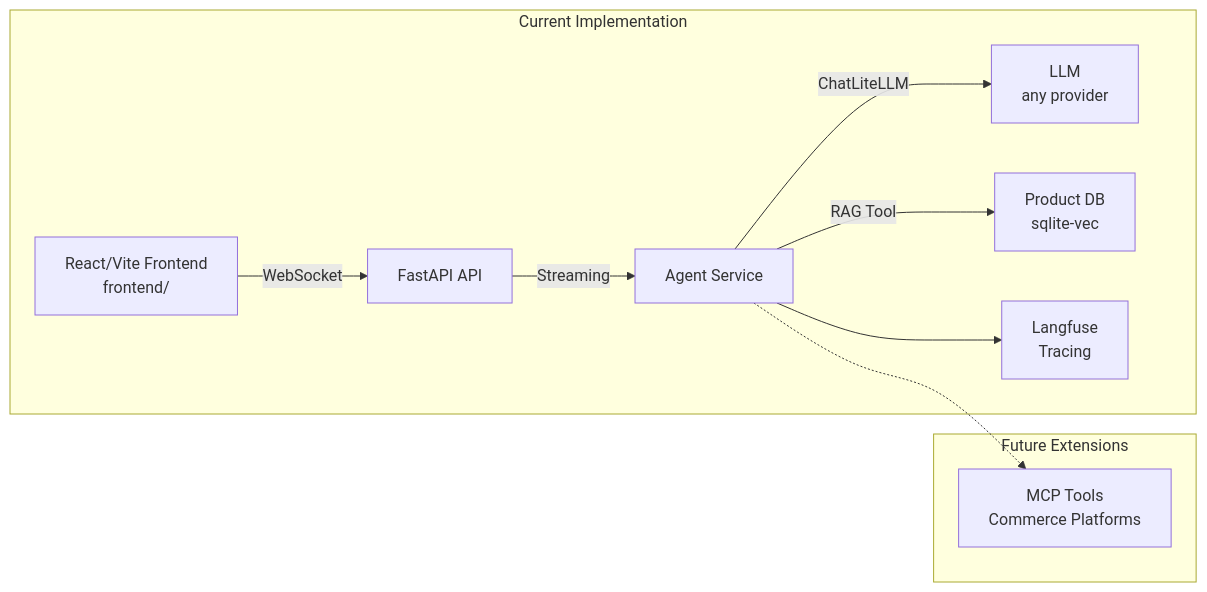
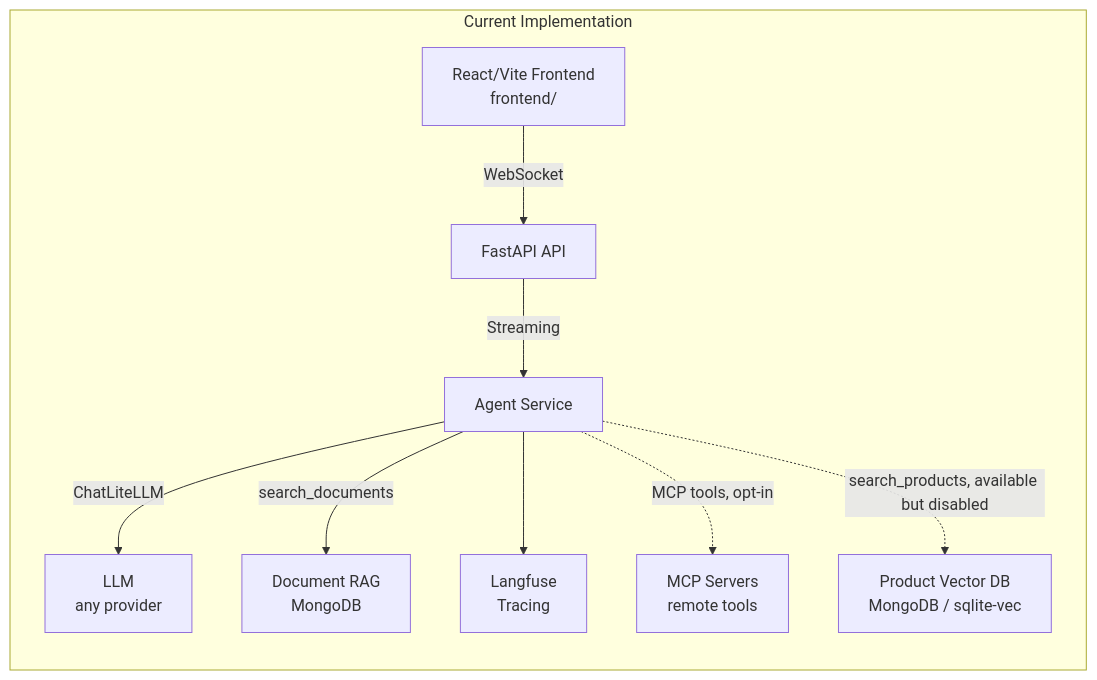
The diagram in README.md (netguru/chatguru), drawn with Mermaid before and after one commit. The commit also changed other lines of this file, not shown here.

````diff
--- a/README.md
+++ b/README.md
@@ -122,15 +121,12 @@
 ```mermaid
 graph LR
     subgraph "Current Implementation"
         UI[React/Vite Frontend<br/>frontend/] -->|WebSocket| API[FastAPI API]
         API -->|Streaming| AGENT[Agent Service]
         AGENT -->|ChatLiteLLM| LLM[LLM<br/>any provider]
-        AGENT -->|RAG Tool| PRODUCTDB[Product DB<br/>sqlite-vec]
+        AGENT -->|search_documents| DOCRAG[Document RAG<br/>MongoDB]
         AGENT --> LANGFUSE[Langfuse<br/>Tracing]
-    end
-
-    subgraph "Future Extensions"
-        MCP[MCP Tools<br/>Commerce Platforms]
-        AGENT -.-> MCP
+        AGENT -.->|MCP tools, opt-in| MCP[MCP Servers<br/>remote tools]
+        AGENT -.->|search_products, available but disabled| VECTORDB[Product Vector DB<br/>MongoDB / sqlite-vec]
     end
 ```
````
